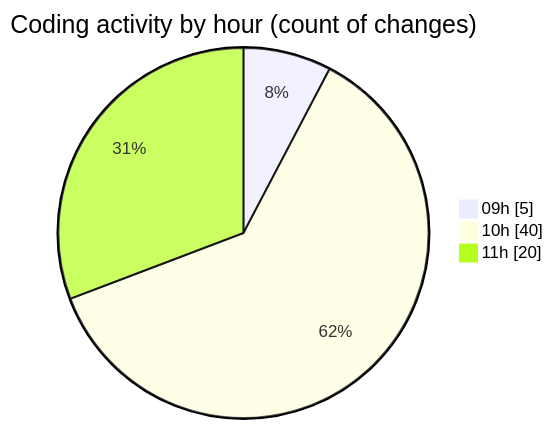
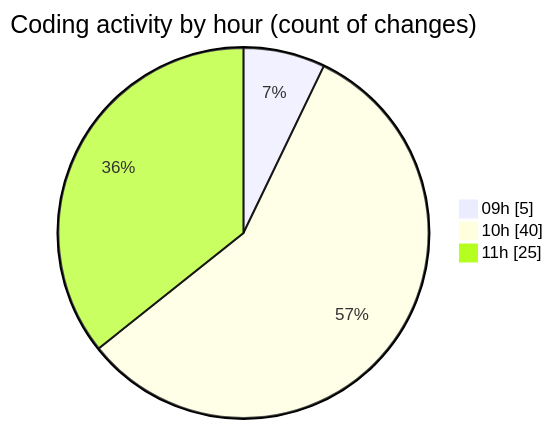
Before and after one commit to CELIANVF/code-tracking: the second of 2 diagrams in 2025-06-02/ecodeli-1/README.md, drawn with Mermaid. The commit also changed other lines of this file and 1 other file, not shown here.

````diff
--- a/2025-06-02/ecodeli-1/README.md
+++ b/2025-06-02/ecodeli-1/README.md
@@ -70,7 +73,7 @@
 ```mermaid
 pie showData
 title Coding activity by hour (count of changes)
 "09h" : 5
 "10h" : 40
-"11h" : 20
+"11h" : 25
 ```
````
